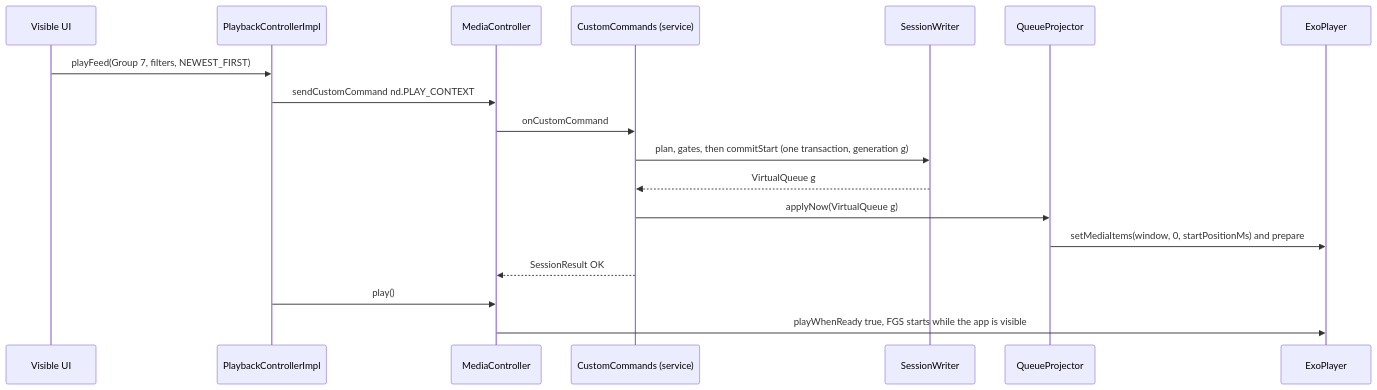
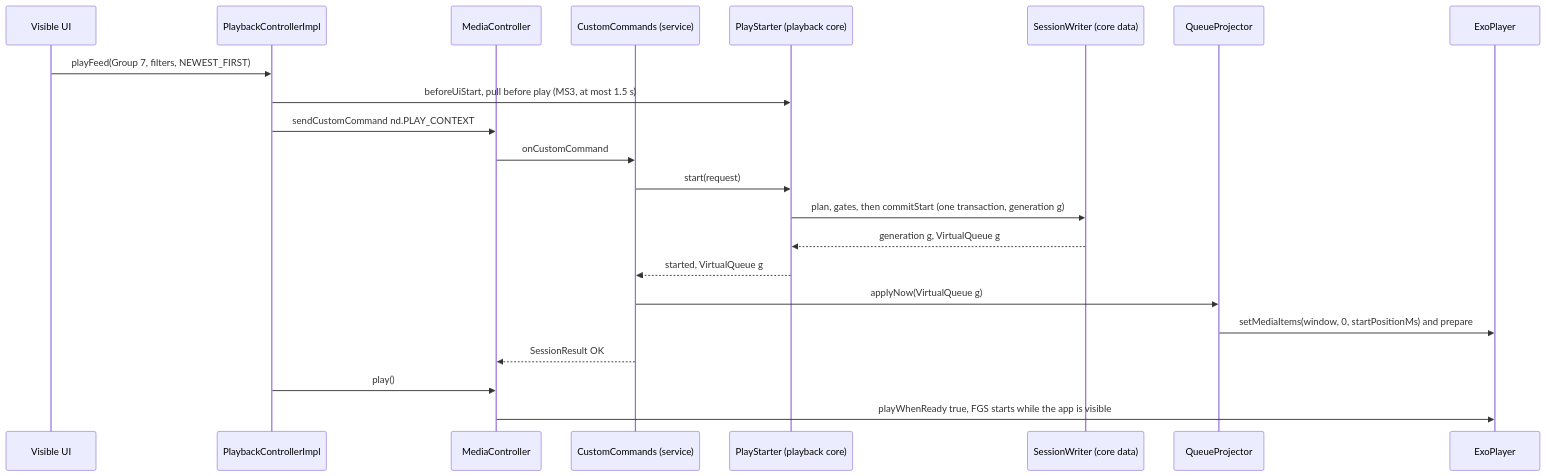
Before and after one commit to BigBoyDevBox/Neutrodyne: the fifth of 8 diagrams in docs/design/06-playback.md, drawn with Mermaid. The commit also changed other lines of this file and 2 other files, not shown here.

````diff
--- a/docs/design/06-playback.md
+++ b/docs/design/06-playback.md
@@ -640,20 +786,24 @@
 ```mermaid
 sequenceDiagram
   participant UI as Visible UI
   participant PC as PlaybackControllerImpl
   participant MC as MediaController
   participant CB as CustomCommands (service)
-  participant SW as SessionWriter
+  participant PS as PlayStarter (playback core)
+  participant SW as SessionWriter (core data)
   participant PJ as QueueProjector
   participant X as ExoPlayer
   UI->>PC: playFeed(Group 7, filters, NEWEST_FIRST)
+  PC->>PS: beforeUiStart, pull before play (MS3, at most 1.5 s)
   PC->>MC: sendCustomCommand nd.PLAY_CONTEXT
   MC->>CB: onCustomCommand
-  CB->>SW: plan, gates, then commitStart (one transaction, generation g)
-  SW-->>CB: VirtualQueue g
+  CB->>PS: start(request)
+  PS->>SW: plan, gates, then commitStart (one transaction, generation g)
+  SW-->>PS: generation g, VirtualQueue g
+  PS-->>CB: started, VirtualQueue g
   CB->>PJ: applyNow(VirtualQueue g)
   PJ->>X: setMediaItems(window, 0, startPositionMs) and prepare
   CB-->>MC: SessionResult OK
   PC->>MC: play()
   MC->>X: playWhenReady true, FGS starts while the app is visible
 ```
````
